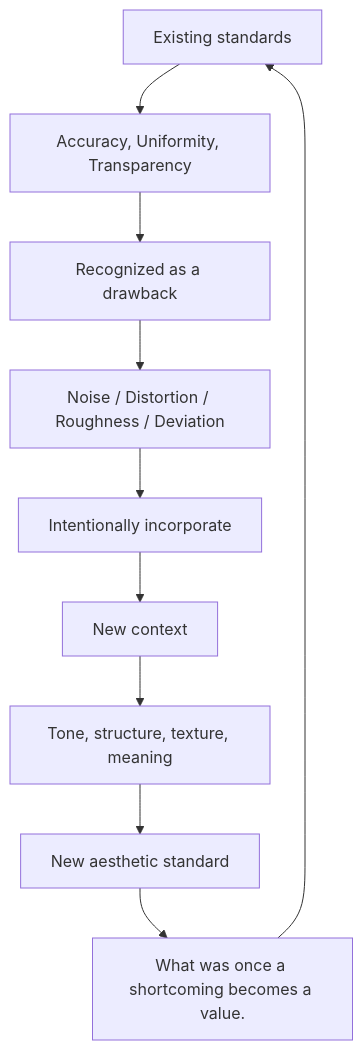
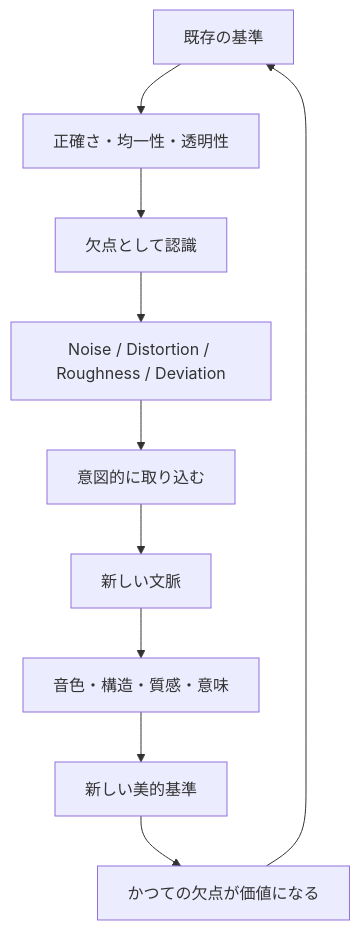
Before and after one commit to monumental-movement/monumental-movement.github.io: the first of 3 diagrams in en/_posts/2026-08-15-column-why-humans-love-broken-things.md, drawn with Mermaid. The commit also changed other lines of this file and 2196 other files, not shown here.

```diff
--- a/en/_posts/2026-08-15-column-why-humans-love-broken-things.md
+++ b/en/_posts/2026-08-15-column-why-humans-love-broken-things.md
@@ -1310,12 +1309,12 @@
 <div class="mermaid">
 flowchart TD
-    A["Existing standards"] --> B["Accuracy, Uniformity, Transparency"]
-    B --> C["Recognized as a drawback"]
+    A["既存の基準"] --> B["正確さ・均一性・透明性"]
+    B --> C["欠点として認識"]
     C --> D["Noise / Distortion / Roughness / Deviation"]
-    D --> E["Intentionally incorporate"]
-    E --> F["New context"]
-    F --> G["Tone, structure, texture, meaning"]
-    G --> H["New aesthetic standard"]
-    H --> I["What was once a shortcoming becomes a value."]
+    D --> E["意図的に取り込む"]
+    E --> F["新しい文脈"]
+    F --> G["音色・構造・質感・意味"]
+    G --> H["新しい美的基準"]
+    H --> I["かつての欠点が価値になる"]
     I --> A
 </div>
```
